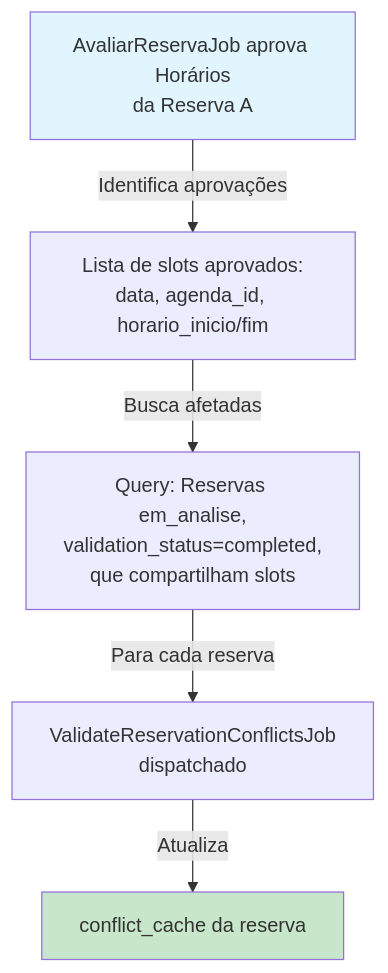
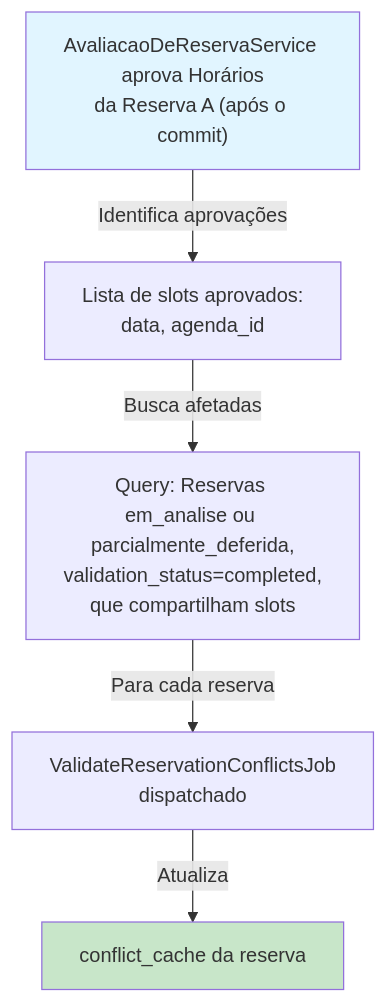
One commit to uniespacos/uniespacos changed diagram 12 of 15 in docs/regras-de-negocio/fluxo-de-reservas.md. Above: the diagram before and after it, drawn with Mermaid. The commit also changed other lines of this file and 15 other files, not shown here.

````diff
--- a/docs/regras-de-negocio/fluxo-de-reservas.md
+++ b/docs/regras-de-negocio/fluxo-de-reservas.md
@@ -451,10 +490,10 @@
 ```mermaid
 graph TD
-    A["AvaliarReservaJob aprova Horários<br/>da Reserva A"] -->|Identifica aprovações| B["Lista de slots aprovados:<br/>data, agenda_id, horario_inicio/fim"]
-    B -->|Busca afetadas| C["Query: Reservas em_analise,<br/>validation_status=completed,<br/>que compartilham slots"]
+    A["AvaliacaoDeReservaService aprova Horários<br/>da Reserva A (após o commit)"] -->|Identifica aprovações| B["Lista de slots aprovados:<br/>data, agenda_id"]
+    B -->|Busca afetadas| C["Query: Reservas em_analise ou parcialmente_deferida,<br/>validation_status=completed,<br/>que compartilham slots"]
     C -->|Para cada reserva| D["ValidateReservationConflictsJob<br/>dispatchado"]
     D -->|Atualiza| E["conflict_cache da reserva"]
     
     style A fill:#e1f5ff
     style E fill:#c8e6c9
 ```
````
